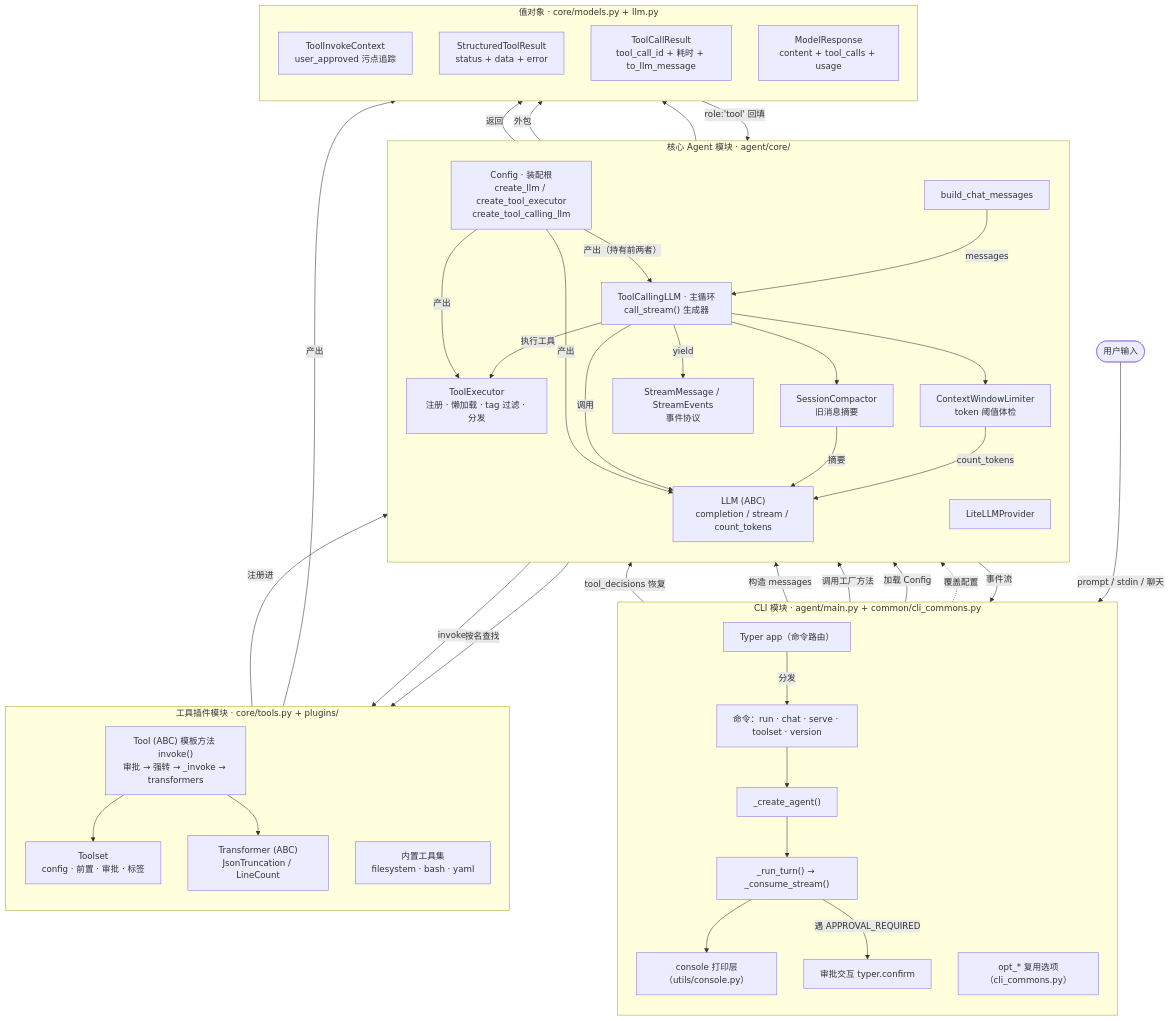
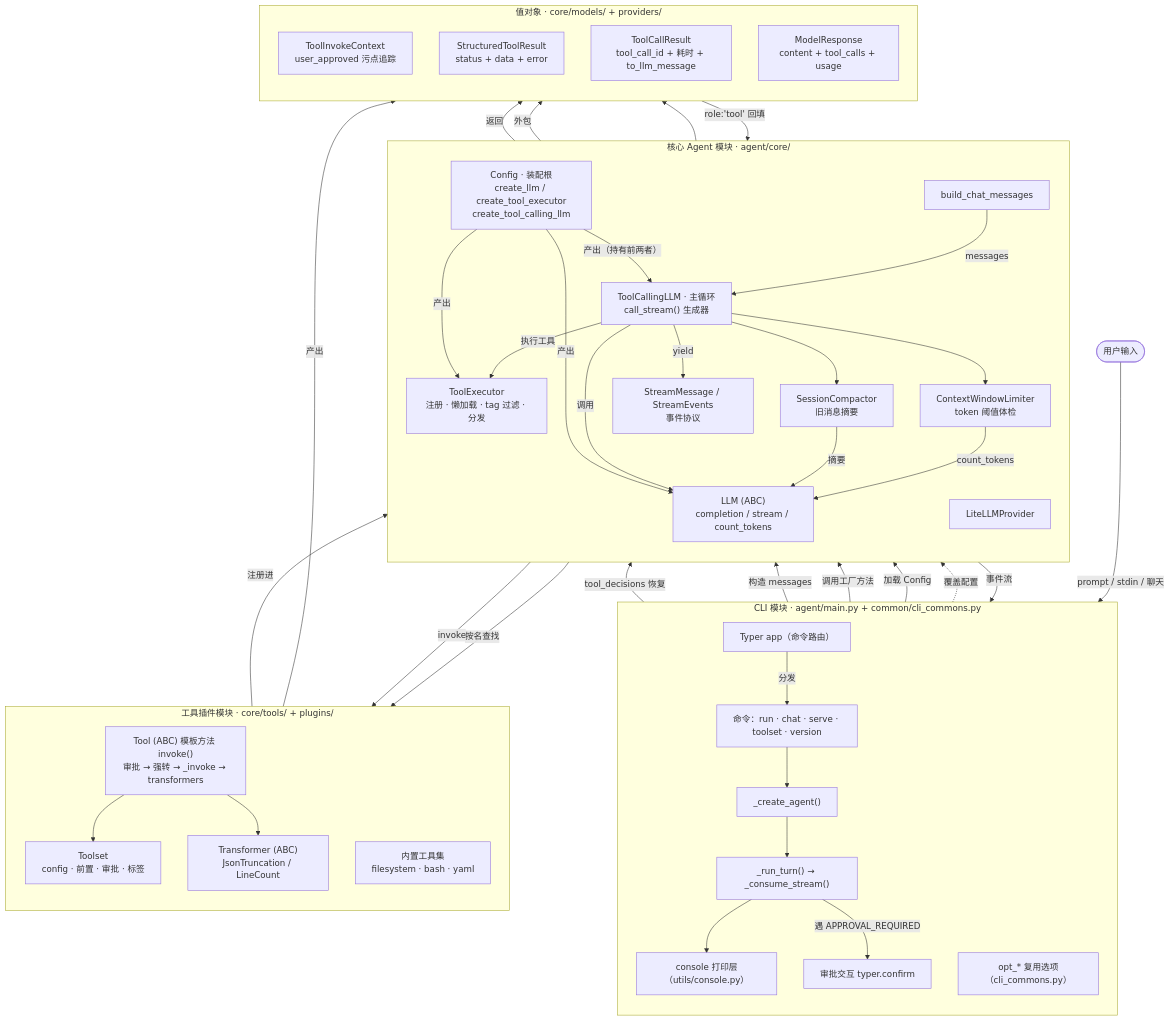
Before and after one commit to csl4/csl4_agent: the diagram in docs/architecture.md, drawn with Mermaid. The commit also changed other lines of this file and 34 other files, not shown here.

````diff
--- a/docs/architecture.md
+++ b/docs/architecture.md
@@ -11,77 +11,77 @@
 ```mermaid
 flowchart TD
     U(["用户输入"]) -->|"prompt / stdin / 聊天"| App
 
     subgraph CLI["CLI 模块 · agent/main.py + common/cli_commons.py"]
         direction TB
         App["Typer app（命令路由）"]
         Cmd["命令：run · chat · serve · toolset · version"]
         Opts["opt_* 复用选项（cli_commons.py）"]
         CreateAgent["_create_agent()"]
         RunTurn["_run_turn() → _consume_stream()"]
         Console["console 打印层（utils/console.py）"]
         Approve["审批交互 typer.confirm"]
         App -->|"分发"| Cmd
         Cmd --> CreateAgent
         CreateAgent --> RunTurn
         RunTurn --> Console
     end
 
     subgraph Core["核心 Agent 模块 · agent/core/"]
         direction TB
         Config["Config · 装配根<br/>create_llm / create_tool_executor<br/>create_tool_calling_llm"]
         TCLLM["ToolCallingLLM · 主循环<br/>call_stream() 生成器"]
         LLM["LLM (ABC)<br/>completion / stream / count_tokens"]
         Lite["LiteLLMProvider"]
         Exec["ToolExecutor<br/>注册 · 懒加载 · tag 过滤 · 分发"]
         Compactor["SessionCompactor<br/>旧消息摘要"]
         Limiter["ContextWindowLimiter<br/>token 阈值体检"]
         BuildMsg["build_chat_messages"]
         Stream["StreamMessage / StreamEvents<br/>事件协议"]
     end
 
-    subgraph Plugins["工具插件模块 · core/tools.py + plugins/"]
+    subgraph Plugins["工具插件模块 · core/tools/ + plugins/"]
         direction TB
         Tool["Tool (ABC) 模板方法 invoke()<br/>审批 → 强转 → _invoke → transformers"]
         Toolset["Toolset<br/>config · 前置 · 审批 · 标签"]
         Trans["Transformer (ABC)<br/>JsonTruncation / LineCount"]
         BTS["内置工具集<br/>filesystem · bash · yaml"]
     end
 
-    subgraph Models["值对象 · core/models.py + llm.py"]
+    subgraph Models["值对象 · core/models/ + providers/"]
         direction TB
         TIC["ToolInvokeContext<br/>user_approved 污点追踪"]
         STR["StructuredToolResult<br/>status + data + error"]
         TCR["ToolCallResult<br/>tool_call_id + 耗时 + to_llm_message"]
         MR["ModelResponse<br/>content + tool_calls + usage"]
     end
 
     Opts -.覆盖配置.-> Config
     Cmd -->|"加载 Config"| Config
     CreateAgent -->|"调用工厂方法"| Config
     Config -->|"产出"| LLM
     Config -->|"产出"| Exec
     Config -->|"产出（持有前两者）"| TCLLM
     Cmd -->|"构造 messages"| BuildMsg
     BuildMsg -->|"messages"| TCLLM
     TCLLM -->|"调用"| LLM
     TCLLM -->|"执行工具"| Exec
     TCLLM --> Compactor
     TCLLM --> Limiter
     Compactor -->|"摘要"| LLM
     Limiter -->|"count_tokens"| LLM
     TCLLM -->|"yield"| Stream
     Stream -->|"事件流"| RunTurn
     RunTurn -->|"遇 APPROVAL_REQUIRED"| Approve
     Approve -->|"tool_decisions 恢复"| TCLLM
     BTS -->|"注册进"| Exec
     Exec -->|"按名查找"| Tool
     Exec --> TIC
     Tool --> Toolset
     Tool --> Trans
     Exec -->|"invoke"| Tool
     Tool -->|"产出"| STR
     Exec -->|"外包"| TCR
     TCR -->|"role:'tool' 回填"| TCLLM
     LLM -->|"返回"| MR
 ```
````
